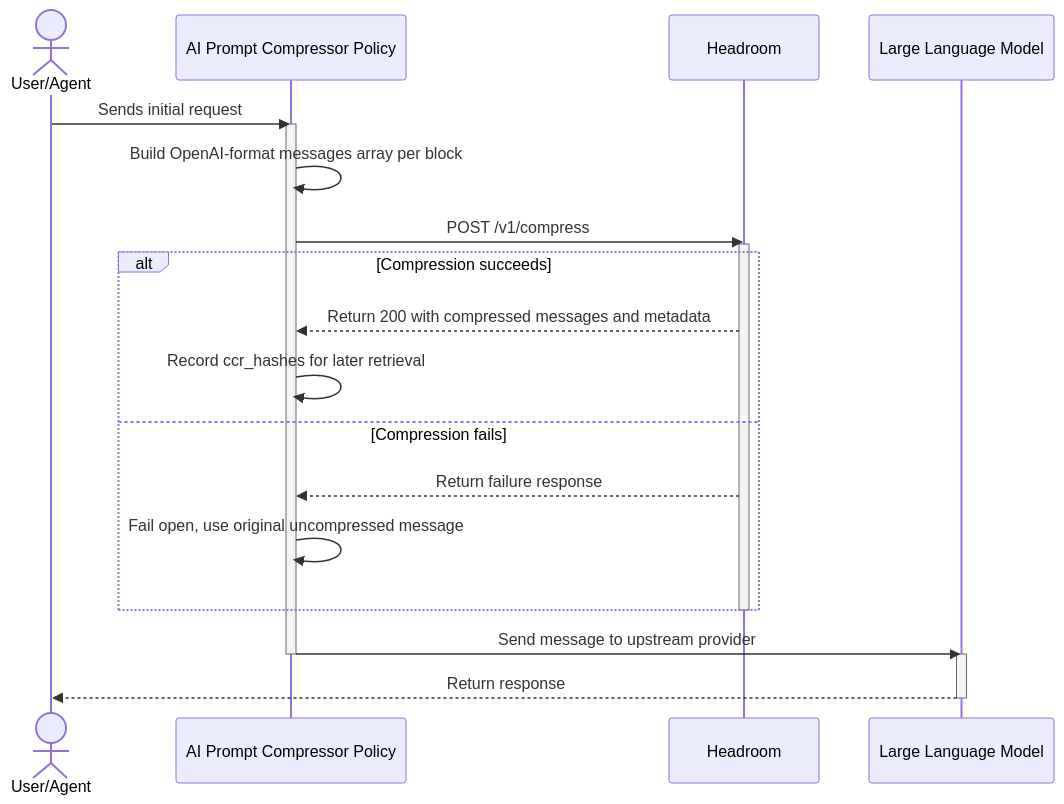
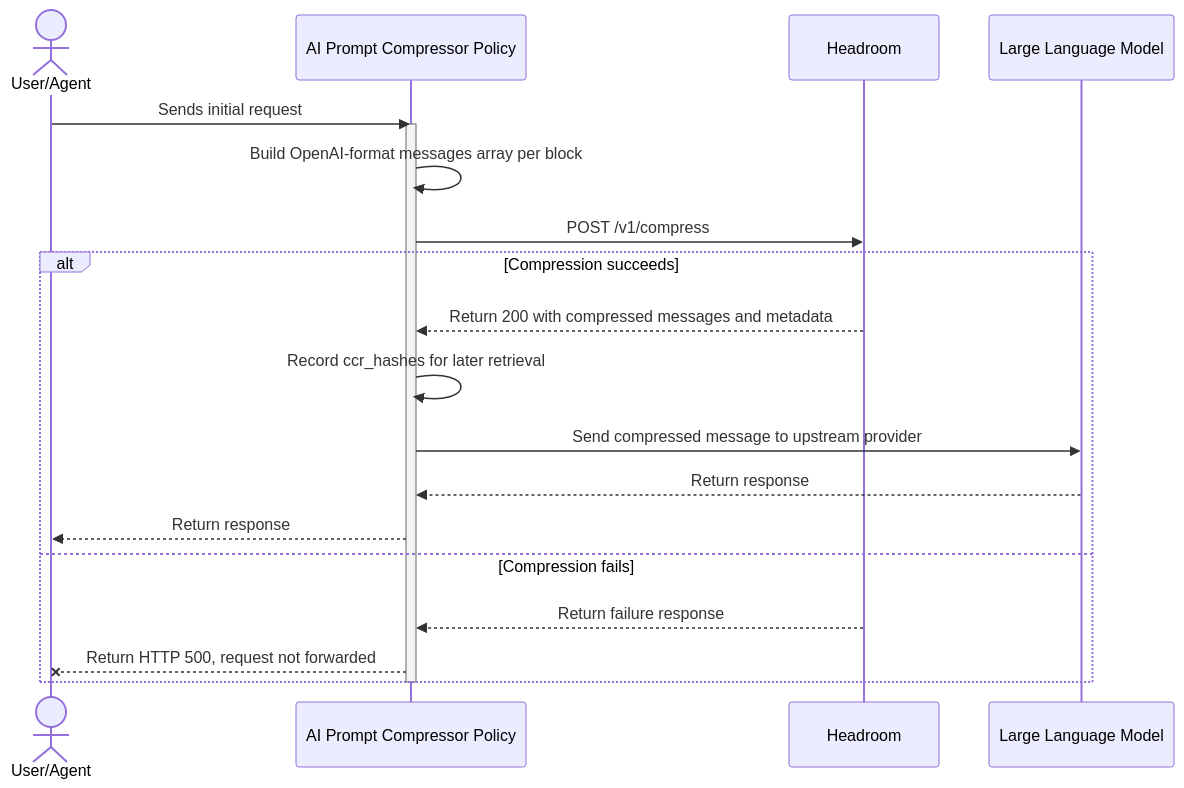
Before and after one commit to Kong/developer.konghq.com: the second of 2 diagrams in app/_ai_gateway_policies/ai-prompt-compressor/index.md, drawn with Mermaid. The commit also changed other lines of this file, not shown here.

Commit message:
based on kong-ee pr fail closed diagram

```diff
--- a/app/_ai_gateway_policies/ai-prompt-compressor/index.md
+++ b/app/_ai_gateway_policies/ai-prompt-compressor/index.md
@@ -226,29 +226,24 @@
 {% mermaid %}
 sequenceDiagram
     actor User as User/Agent
     participant KongAICompressor as AI Prompt Compressor Policy
     participant Headroom
     participant LLM as Large Language Model
 
     User->>KongAICompressor: Sends initial request
     activate KongAICompressor
     KongAICompressor->>KongAICompressor: Build OpenAI-format messages array per block
-
     KongAICompressor->>Headroom: POST /v1/compress
-    activate Headroom
 
     alt Compression succeeds
         Headroom-->>KongAICompressor: Return 200 with compressed messages and metadata
         KongAICompressor->>KongAICompressor: Record ccr_hashes for later retrieval
+        KongAICompressor->>LLM: Send compressed message to upstream provider
+        LLM-->>KongAICompressor: Return response
+        KongAICompressor-->>User: Return response
     else Compression fails
         Headroom-->>KongAICompressor: Return failure response
-        KongAICompressor->>KongAICompressor: Fail open, use original uncompressed message
+        KongAICompressor--xUser: Return HTTP 500, request not forwarded
     end
-    deactivate Headroom
-
-    KongAICompressor->>LLM: Send message to upstream provider
     deactivate KongAICompressor
-    activate LLM
-    LLM-->>User: Return response
-    deactivate LLM
 {% endmermaid %}
```
